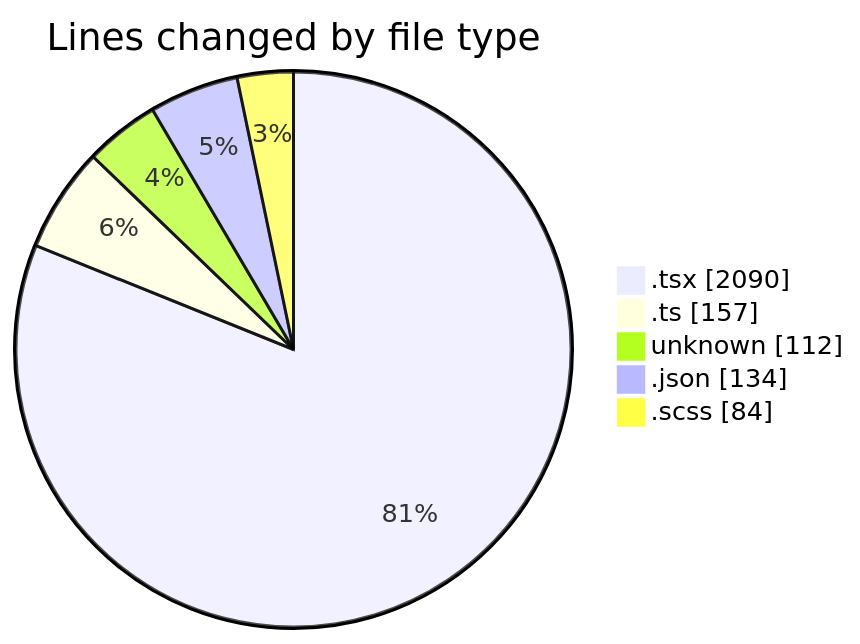
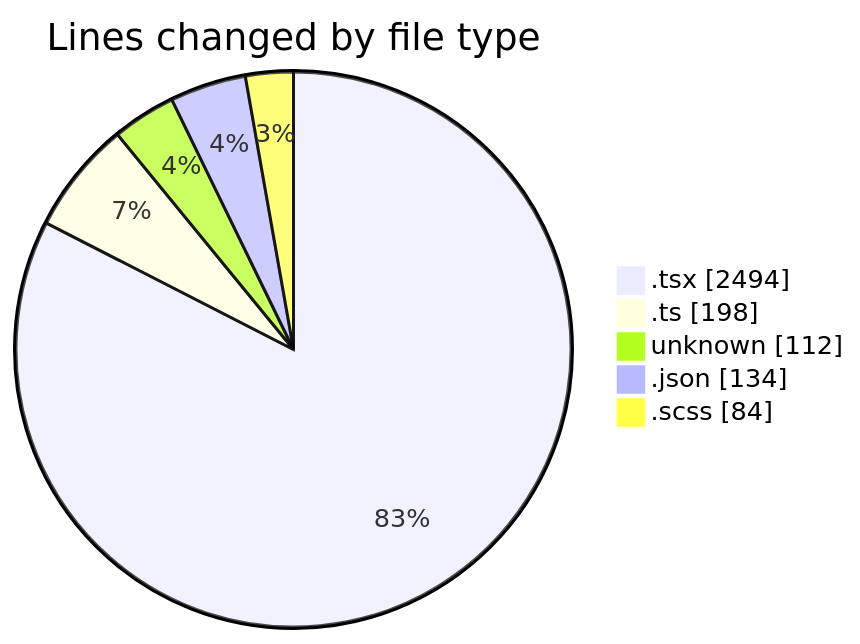
The first of 2 diagrams in 2026-04-28/cda/README.md (momahboobian/code-tracking), drawn with Mermaid before and after one commit. The commit also changed other lines of this file and 1 other file, not shown here.

````diff
--- a/2026-04-28/cda/README.md
+++ b/2026-04-28/cda/README.md
@@ -45,9 +46,9 @@
 ```mermaid
 pie showData
 title Lines changed by file type
-".tsx" : 2090
-".ts" : 157
+".tsx" : 2494
+".ts" : 198
 "unknown" : 112
 ".json" : 134
 ".scss" : 84
 ```
````
